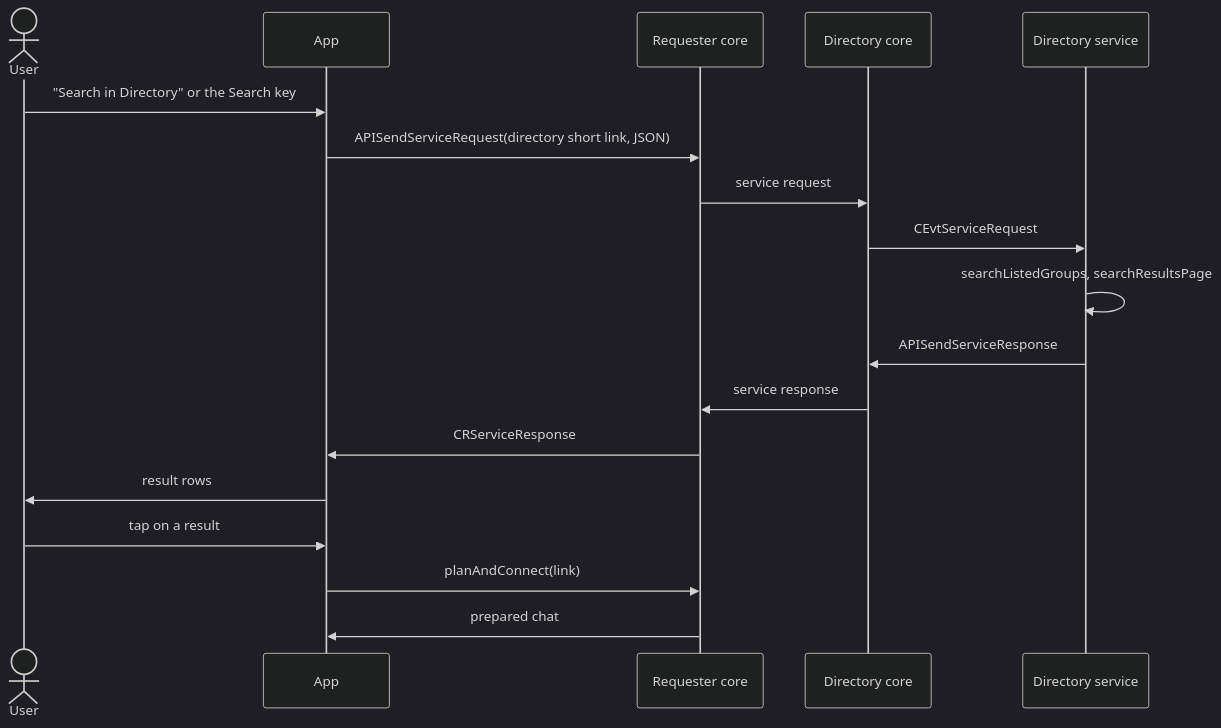
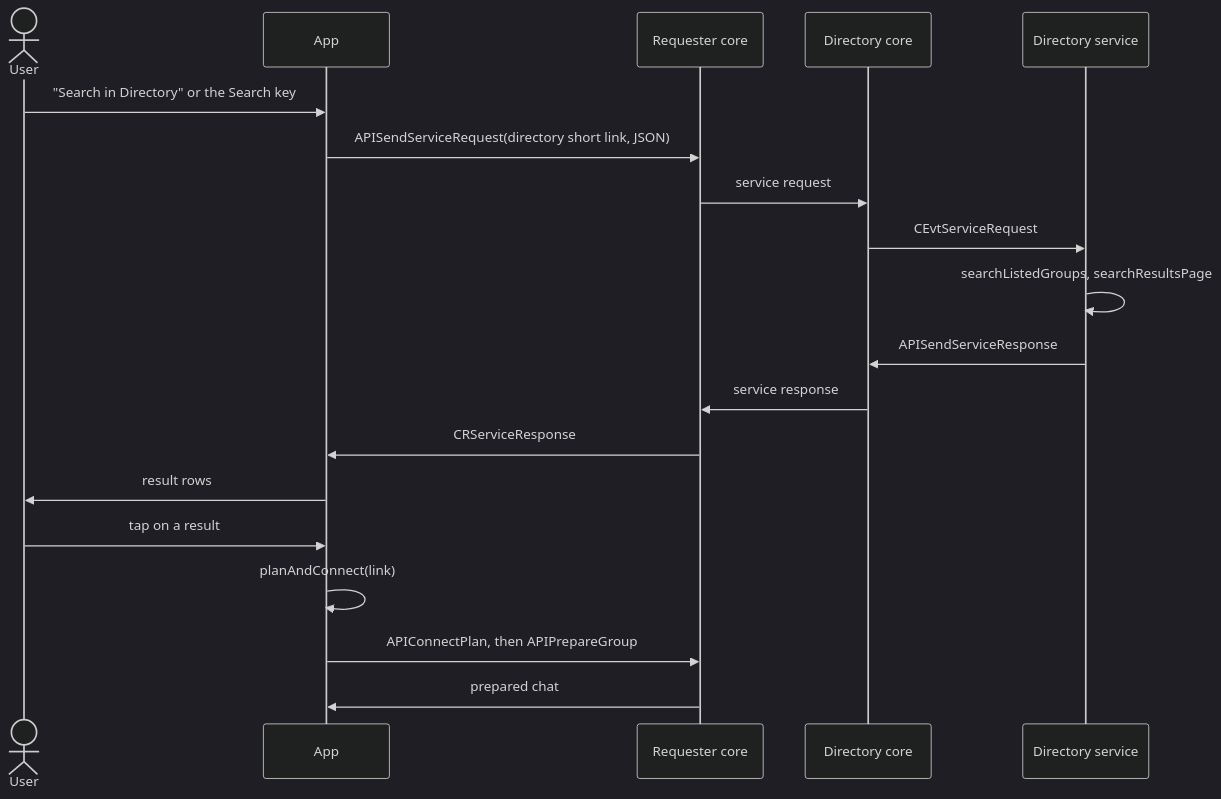
Before and after one commit to simplex-chat/simplex-chat: the first of 15 diagrams in plans/2026-08-04-directory-search-in-app.md, drawn with Mermaid (dark theme). The commit also changed other lines of this file, not shown here.

Commit message:
docs: directory search plan matches the code in its diagrams

````diff
--- a/plans/2026-08-04-directory-search-in-app.md
+++ b/plans/2026-08-04-directory-search-in-app.md
@@ -7,20 +7,21 @@
 ```mermaid
 sequenceDiagram
   actor User
   participant App
   participant RC as Requester core
   participant DC as Directory core
   participant DS as Directory service
   User->>App: "Search in Directory" or the Search key
   App->>RC: APISendServiceRequest(directory short link, JSON)
   RC->>DC: service request
   DC->>DS: CEvtServiceRequest
   DS->>DS: searchListedGroups, searchResultsPage
   DS->>DC: APISendServiceResponse
   DC->>RC: service response
   RC->>App: CRServiceResponse
   App->>User: result rows
   User->>App: tap on a result
-  App->>RC: planAndConnect(link)
+  App->>App: planAndConnect(link)
+  App->>RC: APIConnectPlan, then APIPrepareGroup
   RC->>App: prepared chat
 ```
````
